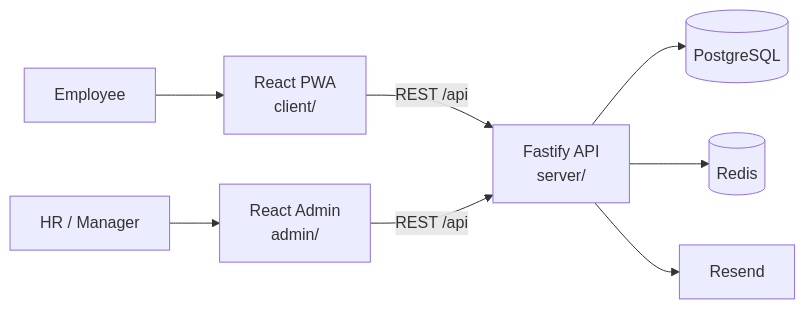
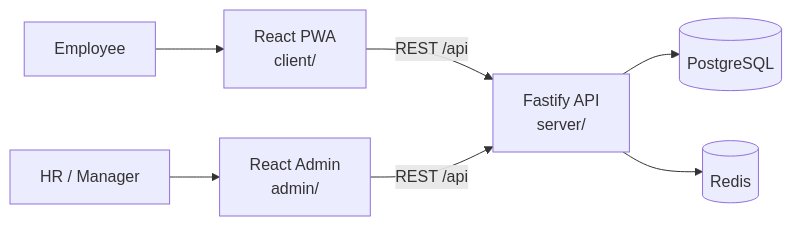
Before and after one commit to JaguarLiu/clocdot-com: the first of 2 diagrams in README.en.md, drawn with Mermaid. The commit also changed other lines of this file and 11 other files, not shown here.

````diff
--- a/README.en.md
+++ b/README.en.md
@@ -68,10 +65,9 @@
 ```mermaid
 flowchart LR
   Employee[Employee] --> Client[React PWA\nclient/]
   Manager[HR / Manager] --> Admin[React Admin\nadmin/]
   Client -->|REST /api| API[Fastify API\nserver/]
   Admin -->|REST /api| API
   API --> DB[(PostgreSQL)]
   API --> Redis[(Redis)]
-  API --> Mail[Resend]
 ```
````
